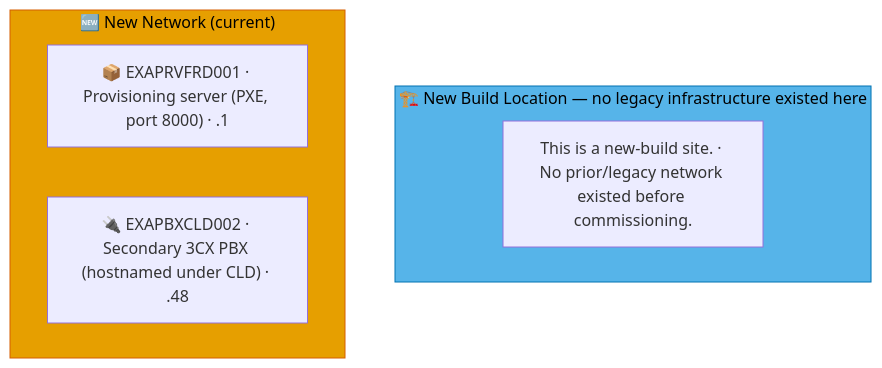
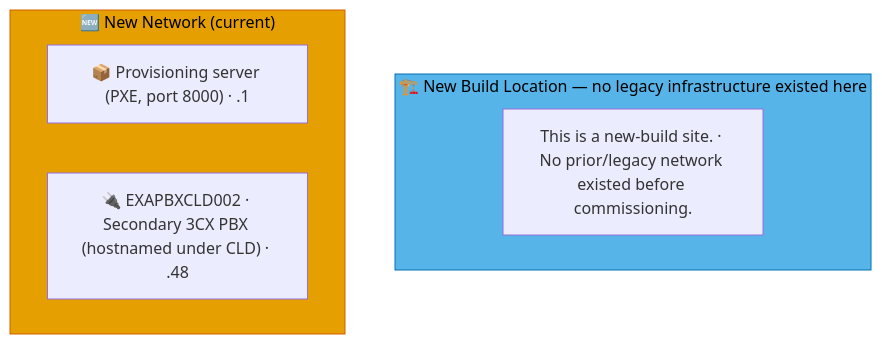
One commit to knightmare2600/example_music_infra changed the eighth of 9 diagrams in docs/network-diagram/danmark.md. Above: the diagram before and after it, drawn with Mermaid. The commit also changed other lines of this file and 131 other files, not shown here.

````diff
--- a/docs/network-diagram/danmark.md
+++ b/docs/network-diagram/danmark.md
@@ -365,14 +365,14 @@
 ```mermaid
 graph TD
     subgraph OLD_FRD ["🏗️ New Build Location — no legacy infrastructure existed here"]
       N_OLD_NOTE["This is a new-build site. · No prior/legacy network existed before commissioning."]
     end
     style OLD_FRD fill:#56B4E9,stroke:#0072B2,color:#000000
     %% GENERATED:NEW-NETWORK:FRD:START
     subgraph NEW_FRD ["🆕 New Network (current)"]
-      N_PRV["📦 EXAPRVFRD001 · Provisioning server (PXE, port 8000) · .1"]
+      N_TMP["📦 Provisioning server (PXE, port 8000) · .1"]
       N_PBX["🔌 EXAPBXCLD002 · Secondary 3CX PBX (hostnamed under CLD) · .48"]
     end
     style NEW_FRD fill:#E69F00,stroke:#D55E00,color:#000000
     %% GENERATED:NEW-NETWORK:FRD:END
 ```
````
